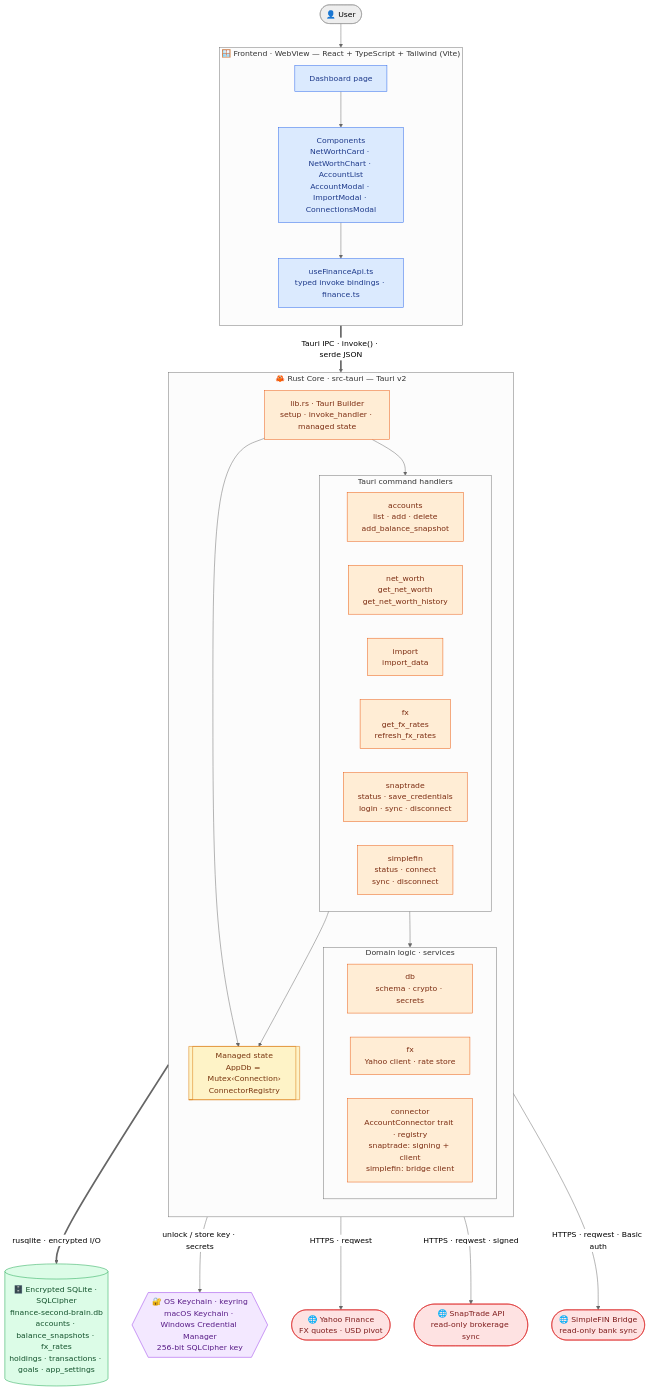
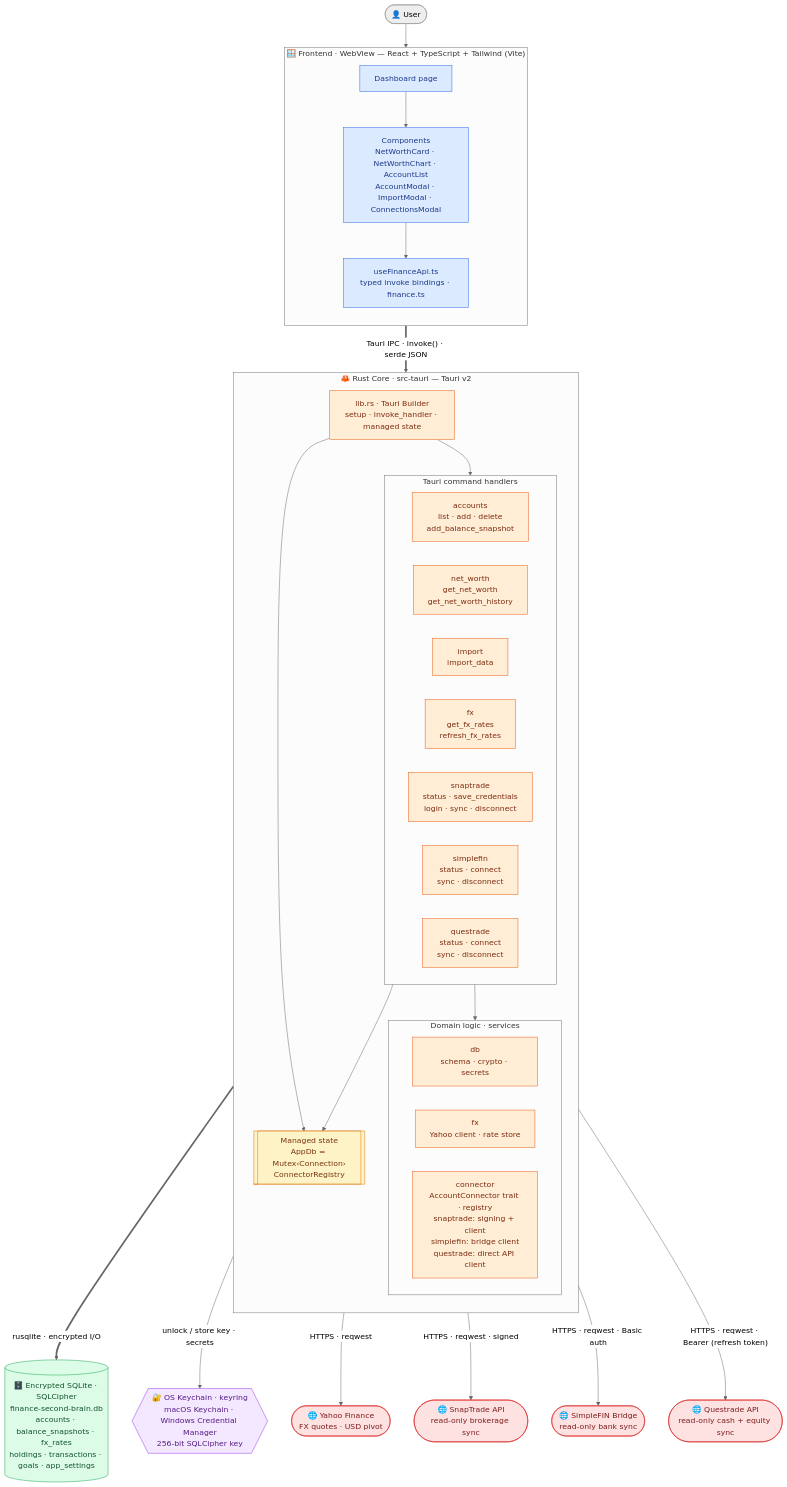
The first of 2 diagrams in README.md (daryn-brown/truenorth), drawn with Mermaid (neutral theme) before and after one commit. The commit also changed other lines of this file and 12 other files, not shown here.

````diff
--- a/README.md
+++ b/README.md
@@ -43,69 +46,72 @@
 ```mermaid
 flowchart TB
     user(["👤 User"])
 
     subgraph FE["🪟 Frontend · WebView — React + TypeScript + Tailwind (Vite)"]
         direction TB
         pages["Dashboard page"]
         comps["Components<br/>NetWorthCard · NetWorthChart · AccountList<br/>AccountModal · ImportModal · ConnectionsModal"]
         api["useFinanceApi.ts<br/>typed invoke bindings · finance.ts"]
         pages --> comps --> api
     end
 
     subgraph CORE["🦀 Rust Core · src-tauri — Tauri v2"]
         direction TB
         builder["lib.rs · Tauri Builder<br/>setup · invoke_handler · managed state"]
 
         subgraph CMD["Tauri command handlers"]
             direction LR
             c_acc["accounts<br/>list · add · delete<br/>add_balance_snapshot"]
             c_nw["net_worth<br/>get_net_worth<br/>get_net_worth_history"]
             c_imp["import<br/>import_data"]
             c_fx["fx<br/>get_fx_rates<br/>refresh_fx_rates"]
             c_snap["snaptrade<br/>status · save_credentials<br/>login · sync · disconnect"]
             c_sf["simplefin<br/>status · connect<br/>sync · disconnect"]
+            c_qt["questrade<br/>status · connect<br/>sync · disconnect"]
         end
 
         subgraph SVC["Domain logic · services"]
             direction LR
             d_db["db<br/>schema · crypto · secrets"]
             d_fx["fx<br/>Yahoo client · rate store"]
-            d_conn["connector<br/>AccountConnector trait · registry<br/>snaptrade: signing + client<br/>simplefin: bridge client"]
+            d_conn["connector<br/>AccountConnector trait · registry<br/>snaptrade: signing + client<br/>simplefin: bridge client<br/>questrade: direct API client"]
         end
 
         state[["Managed state<br/>AppDb = Mutex‹Connection›<br/>ConnectorRegistry"]]
 
         builder --> CMD
         builder --> state
         CMD --> SVC
         CMD --> state
     end
 
     kc{{"🔐 OS Keychain · keyring<br/>macOS Keychain · Windows Credential Manager<br/>256-bit SQLCipher key"}}
     db[("🗄️ Encrypted SQLite · SQLCipher<br/>finance-second-brain.db<br/>accounts · balance_snapshots · fx_rates<br/>holdings · transactions · goals · app_settings")]
     yahoo(["🌐 Yahoo Finance<br/>FX quotes · USD pivot"])
     snaptrade(["🌐 SnapTrade API<br/>read-only brokerage sync"])
     simplefin(["🌐 SimpleFIN Bridge<br/>read-only bank sync"])
+    questrade(["🌐 Questrade API<br/>read-only cash + equity sync"])
 
     user --> pages
     api ==>|"Tauri IPC · invoke() · serde JSON"| builder
     state ==>|"rusqlite · encrypted I/O"| db
     d_db -->|"unlock / store key · secrets"| kc
     d_fx -->|"HTTPS · reqwest"| yahoo
     d_conn -->|"HTTPS · reqwest · signed"| snaptrade
     d_conn -->|"HTTPS · reqwest · Basic auth"| simplefin
+    d_conn -->|"HTTPS · reqwest · Bearer (refresh token)"| questrade
 
     classDef feNode fill:#dbeafe,stroke:#2563eb,color:#1e3a8a;
     classDef coreNode fill:#ffedd5,stroke:#ea580c,color:#7c2d12;
     classDef stateNode fill:#fef3c7,stroke:#d97706,color:#78350f;
     classDef store fill:#dcfce7,stroke:#16a34a,color:#14532d;
     classDef os fill:#f3e8ff,stroke:#9333ea,color:#581c87;
     classDef ext fill:#fee2e2,stroke:#dc2626,color:#7f1d1d;
 
     class pages,comps,api feNode;
-    class builder,c_acc,c_nw,c_imp,c_fx,c_snap,c_sf,d_db,d_fx,d_conn coreNode;
+    class builder,c_acc,c_nw,c_imp,c_fx,c_snap,c_sf,c_qt,d_db,d_fx,d_conn coreNode;
     class state stateNode;
     class db store;
     class kc os;
-    class yahoo,snaptrade,simplefin ext;
+    class yahoo,snaptrade,simplefin,questrade ext;
 ```
````
